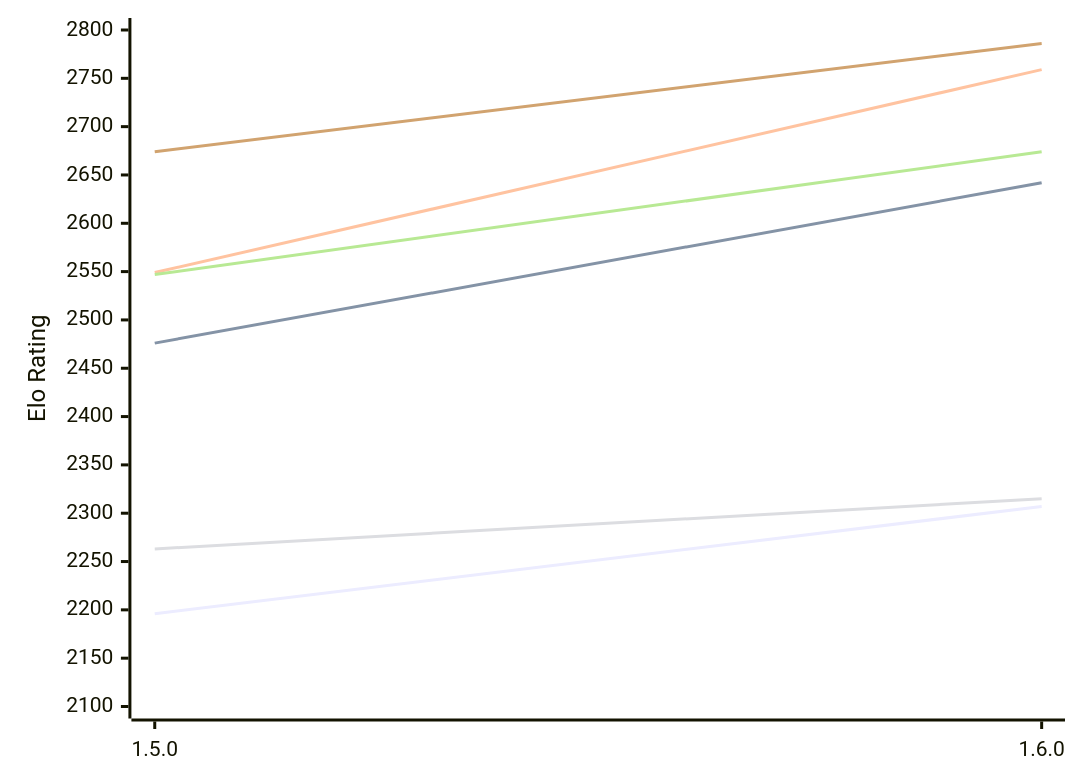
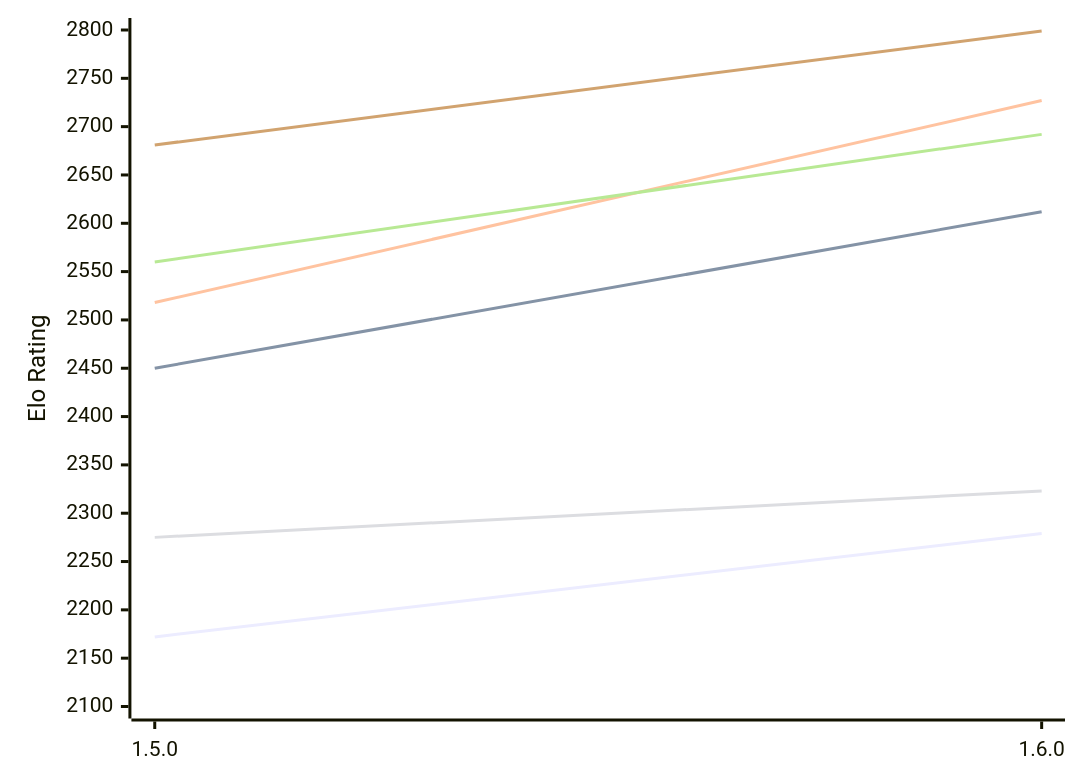
One commit to computer-chess-index/cci changed the first of 2 diagrams in engines/Tofiks.md. Above: the diagram before and after it, drawn with Mermaid. The commit also changed other lines of this file, not shown here.

Commit message:
Update CCI Ratings (ELO VLTC) - 2026-11-12

````diff
--- a/engines/Tofiks.md
+++ b/engines/Tofiks.md
@@ -51,12 +51,12 @@
 ```mermaid
 %%{init: {"theme":"base","themeVariables":{"seriesColors:['#a3a3a3','#222221','#faa371']}}}%%
 xychart-beta
   x-axis ["1.5.0", "1.6.0"]
   y-axis "Elo Rating" 2100 --> 2800
-  line "E1: STC (8.0+0.08s)" [2196, 2307]
-  line "E1: LTC (60.0+0.60s)" [2476, 2642]
-  line "E1: VLTC (2m24s+1.12s)" [2549, 2759]
-  line "P1: STC (8.0+0.08s)" [2263, 2315]
-  line "P1: LTC (60.0+0.60s)" [2547, 2674]
-  line "P1: VLTC (2m24s+1.12s)" [2674, 2786]
+  line "E1: STC (8.0+0.08s)" [2172, 2279]
+  line "E1: LTC (60.0+0.60s)" [2450, 2612]
+  line "E1: VLTC (2m24s+1.12s)" [2518, 2727]
+  line "P1: STC (8.0+0.08s)" [2275, 2323]
+  line "P1: LTC (60.0+0.60s)" [2560, 2692]
+  line "P1: VLTC (2m24s+1.12s)" [2681, 2799]
 ```
````
